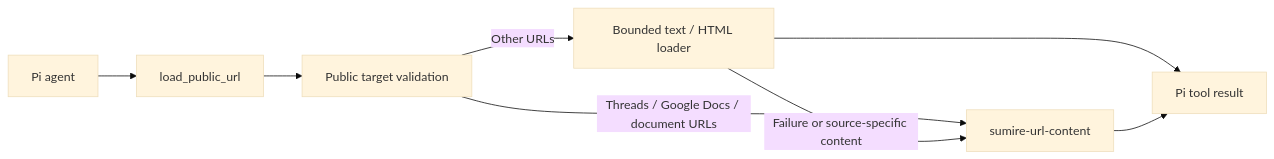
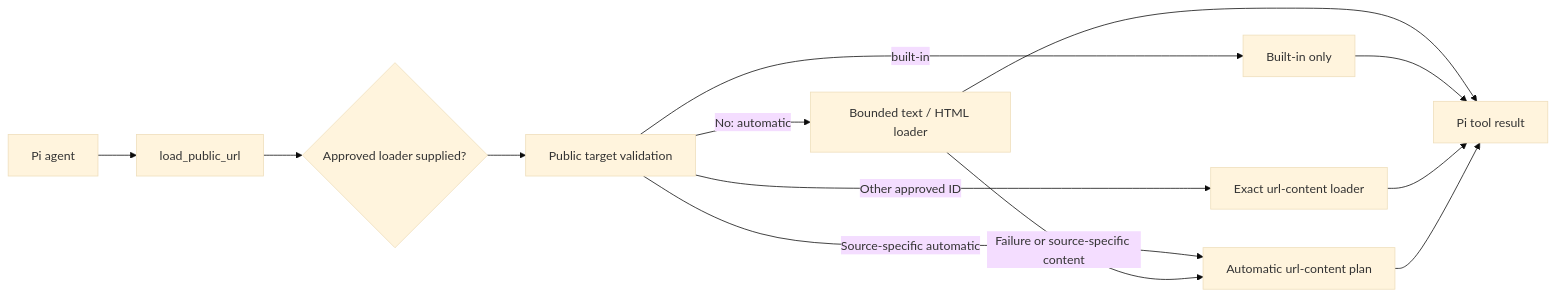
Before and after one commit to narumiruna/sumire: the diagram in packages/url-tool/README.md, drawn with Mermaid (base theme). The commit also changed other lines of this file and 16 other files, not shown here.

Commit message:
feat(url-tool): add allowlisted loader selection

````diff
--- a/packages/url-tool/README.md
+++ b/packages/url-tool/README.md
@@ -31,10 +39,15 @@
 ```mermaid
 flowchart LR
     Agent[Pi agent] --> Tool[load_public_url]
-    Tool --> Check[Public target validation]
-    Check -->|Other URLs| BuiltIn[Bounded text / HTML loader]
-    Check -->|Threads / Google Docs / document URLs| Fallback[sumire-url-content]
+    Tool --> Allowed{Approved loader supplied?}
+    Allowed --> Check[Public target validation]
+    Check -->|No: automatic| BuiltIn[Bounded text / HTML loader]
+    Check -->|built-in| BuiltInOnly[Built-in only]
+    Check -->|Other approved ID| Explicit[Exact url-content loader]
+    Check -->|Source-specific automatic| Fallback[Automatic url-content plan]
     BuiltIn -->|Failure or source-specific content| Fallback
     BuiltIn --> Result[Pi tool result]
+    BuiltInOnly --> Result
+    Explicit --> Result
     Fallback --> Result
 ```
````
